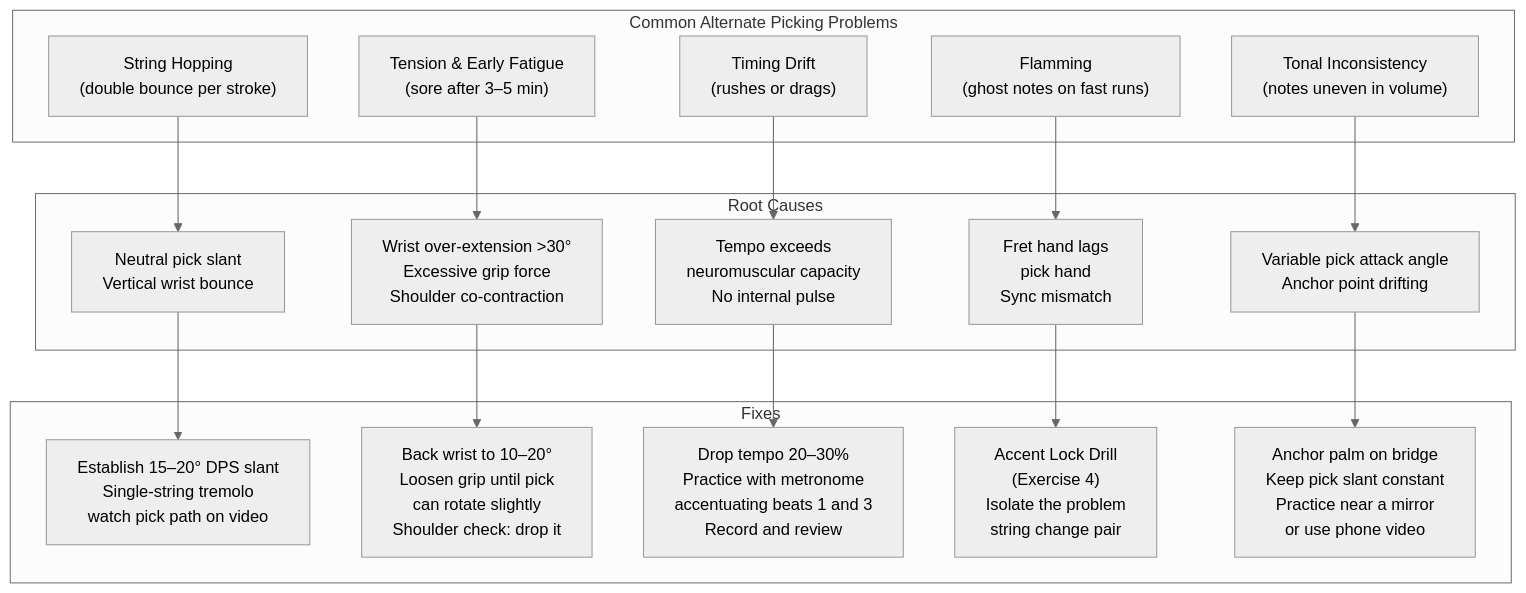
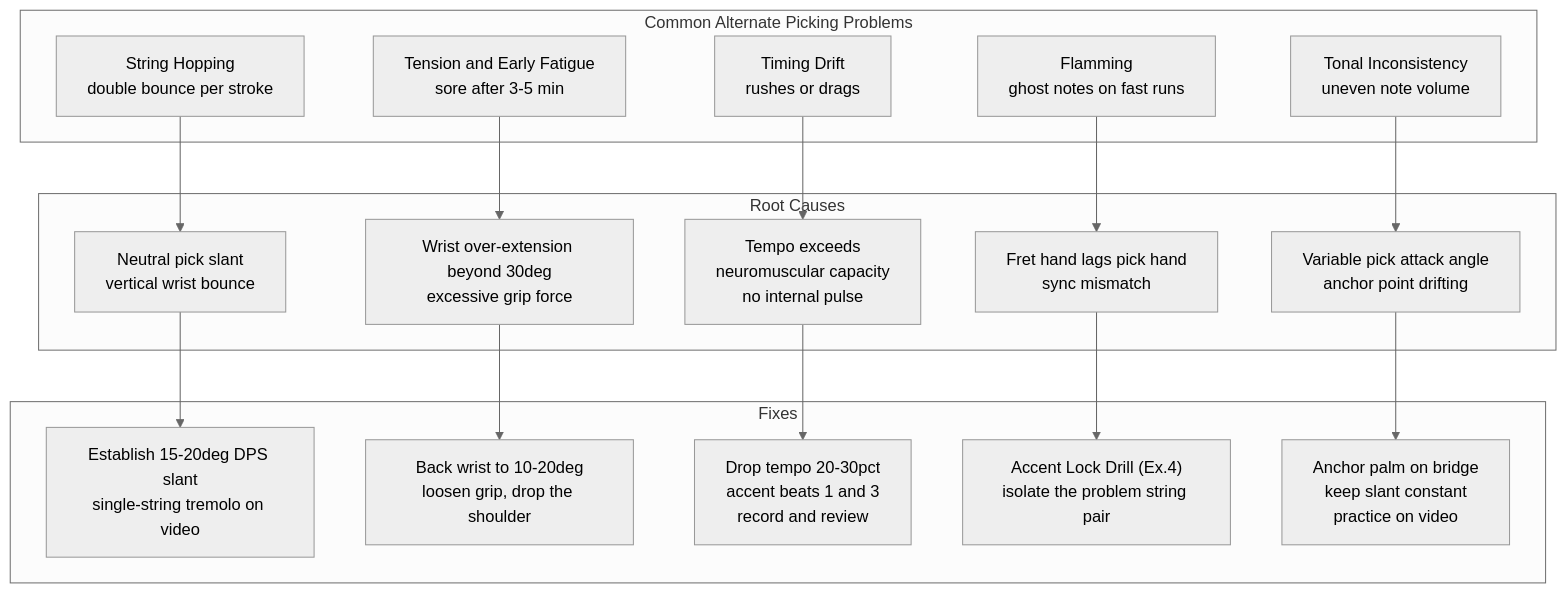
Before and after one commit to blebleblee/synapse: the third of 4 diagrams in topics/arts/music_performance/electric_guitar/lesson_02_alternate_picking_and_articulation.md, drawn with Mermaid (neutral theme). The commit also changed other lines of this file and 3 other files, not shown here.

````diff
--- a/topics/arts/music_performance/electric_guitar/lesson_02_alternate_picking_and_articulation.md
+++ b/topics/arts/music_performance/electric_guitar/lesson_02_alternate_picking_and_articulation.md
@@ -324,26 +303,50 @@
 ```mermaid
 flowchart TD
     subgraph sub_issues ["Common Alternate Picking Problems"]
-        A["String Hopping\n(double bounce per stroke)"]
-        B["Tension & Early Fatigue\n(sore after 3–5 min)"]
-        C["Timing Drift\n(rushes or drags)"]
-        D["Flamming\n(ghost notes on fast runs)"]
-        E["Tonal Inconsistency\n(notes uneven in volume)"]
+        A["String Hopping
+double bounce per stroke"]
+        B["Tension and Early Fatigue
+sore after 3-5 min"]
+        C["Timing Drift
+rushes or drags"]
+        D["Flamming
+ghost notes on fast runs"]
+        E["Tonal Inconsistency
+uneven note volume"]
     end
 
     subgraph sub_causes ["Root Causes"]
-        A --> A1["Neutral pick slant\nVertical wrist bounce"]
-        B --> B1["Wrist over-extension >30°\nExcessive grip force\nShoulder co-contraction"]
-        C --> C1["Tempo exceeds\nneuromuscular capacity\nNo internal pulse"]
-        D --> D1["Fret hand lags\npick hand\nSync mismatch"]
-        E --> E1["Variable pick attack angle\nAnchor point drifting"]
+        A1["Neutral pick slant
+vertical wrist bounce"]
+        B1["Wrist over-extension beyond 30deg
+excessive grip force"]
+        C1["Tempo exceeds
+neuromuscular capacity
+no internal pulse"]
+        D1["Fret hand lags pick hand
+sync mismatch"]
+        E1["Variable pick attack angle
+anchor point drifting"]
     end
 
     subgraph sub_fixes ["Fixes"]
-        A1 --> AF["Establish 15–20° DPS slant\nSingle-string tremolo\nwatch pick path on video"]
-        B1 --> BF["Back wrist to 10–20°\nLoosen grip until pick\ncan rotate slightly\nShoulder check: drop it"]
-        C1 --> CF["Drop tempo 20–30%\nPractice with metronome\naccentuating beats 1 and 3\nRecord and review"]
-        D1 --> DF["Accent Lock Drill\n(Exercise 4)\nIsolate the problem\nstring change pair"]
-        E1 --> EF["Anchor palm on bridge\nKeep pick slant constant\nPractice near a mirror\nor use phone video"]
+        AF["Establish 15-20deg DPS slant
+single-string tremolo on video"]
+        BF["Back wrist to 10-20deg
+loosen grip, drop the shoulder"]
+        CF["Drop tempo 20-30pct
+accent beats 1 and 3
+record and review"]
+        DF["Accent Lock Drill (Ex.4)
+isolate the problem string pair"]
+        EF["Anchor palm on bridge
+keep slant constant
+practice on video"]
     end
+
+    A --> A1 --> AF
+    B --> B1 --> BF
+    C --> C1 --> CF
+    D --> D1 --> DF
+    E --> E1 --> EF
 ```
````
